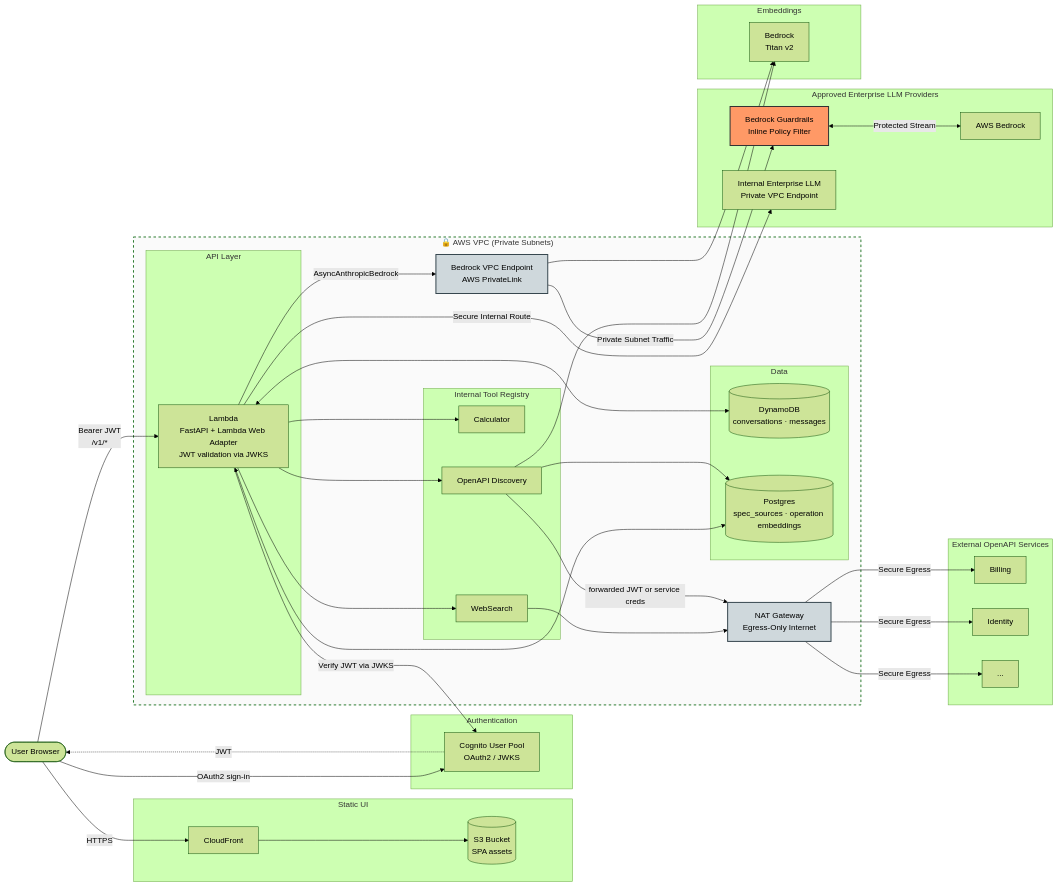
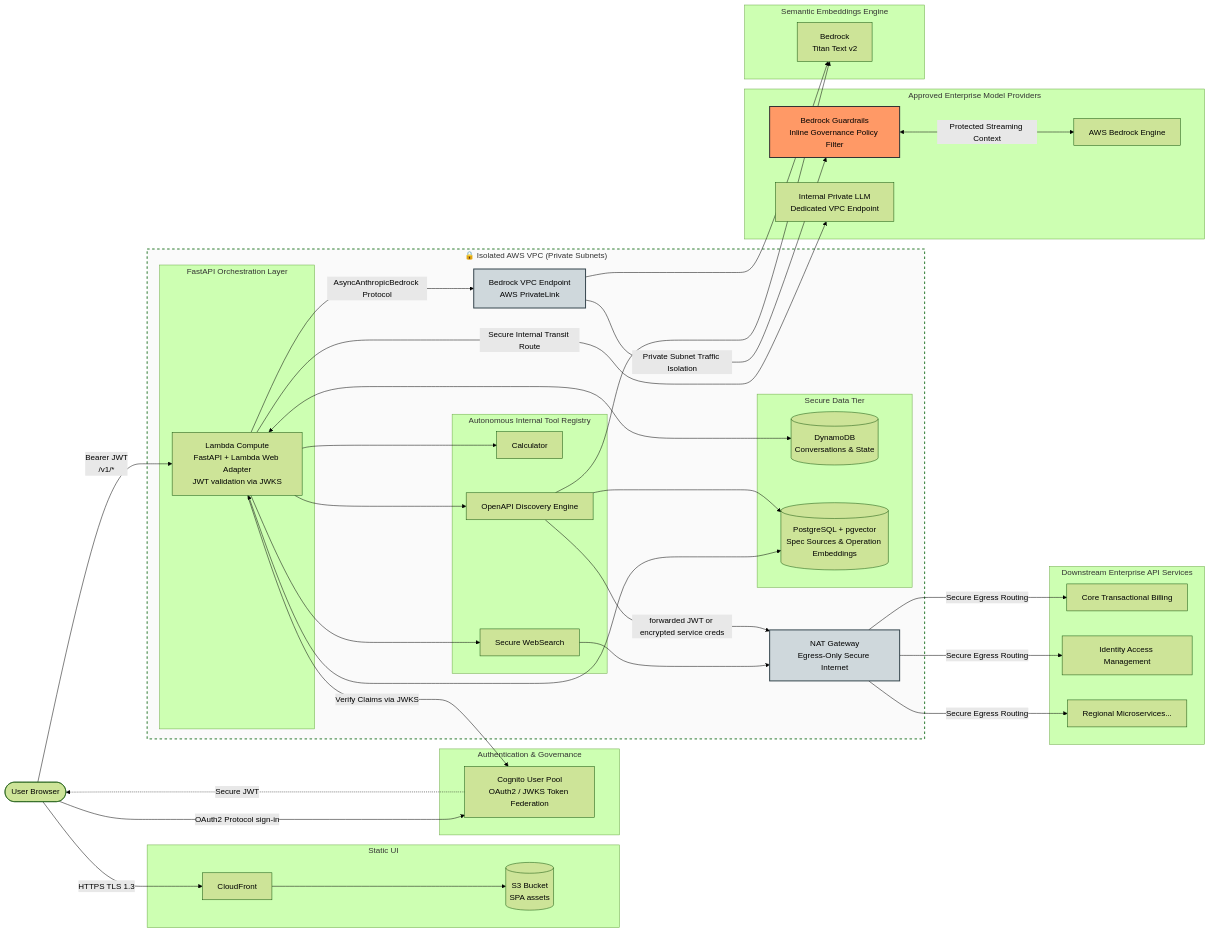
One commit to derekvasilich/lambda-chat-agent changed the diagram in README.md. Above: the diagram before and after it, drawn with Mermaid (forest theme). The commit also changed other lines of this file, not shown here.

```diff
--- a/README.md
+++ b/README.md
@@ -13,58 +17,58 @@
         S3[(S3 Bucket<br/>SPA assets)]
     end
 
-    subgraph Auth["Authentication"]
-        Cognito[Cognito User Pool<br/>OAuth2 / JWKS]
+    subgraph Auth["Authentication & Governance"]
+        Cognito[Cognito User Pool<br/>OAuth2 / JWKS Token Federation]
     end
 
     %% Parent Secure Perimeter
-    subgraph EnterpriseVPC["🔒 AWS VPC (Private Subnets)"]
+    subgraph EnterpriseVPC["🔒 Isolated AWS VPC (Private Subnets)"]
         
-        subgraph API["API Layer"]
-            Lambda[Lambda<br/>FastAPI + Lambda Web Adapter<br/>JWT validation via JWKS]
+        subgraph API["FastAPI Orchestration Layer"]
+            Lambda[Lambda Compute<br/>FastAPI + Lambda Web Adapter<br/>JWT validation via JWKS]
         end
 
-        subgraph Data["Data"]
-            DDB[(DynamoDB<br/>conversations · messages)]
-            PG[(Postgres<br/>spec_sources · operation embeddings)]
+        subgraph Data["Secure Data Tier"]
+            DDB[(DynamoDB<br/>Conversations & State)]
+            PG[(PostgreSQL + pgvector<br/>Spec Sources & Operation Embeddings)]
         end
 
-        subgraph Tools["Internal Tool Registry"]
+        subgraph Tools["Autonomous Internal Tool Registry"]
             Calc[Calculator]
-            Web[WebSearch]
-            OD[OpenAPI Discovery]
+            Web[Secure WebSearch]
+            OD[OpenAPI Discovery Engine]
         end
         
         %% Secure Networking Boundaries inside the VPC
         VPCE[Bedrock VPC Endpoint<br/>AWS PrivateLink]:::network
-        NAT[NAT Gateway<br/>Egress-Only Internet]:::network
+        NAT[NAT Gateway<br/>Egress-Only Secure Internet]:::network
     end
 
-    subgraph LLMs["Approved Enterprise LLM Providers"]
-        Guardrails[Bedrock Guardrails<br/>Inline Policy Filter]
-        Bedrock[AWS Bedrock]
-        Custom[Internal Enterprise LLM<br/>Private VPC Endpoint]
+    subgraph LLMs["Approved Enterprise Model Providers"]
+        Guardrails[Bedrock Guardrails<br/>Inline Governance Policy Filter]
+        Bedrock[AWS Bedrock Engine]
+        Custom[Internal Private LLM<br/>Dedicated VPC Endpoint]
     end
 
-    subgraph Embed["Embeddings"]
-        Titan[Bedrock<br/>Titan v2]
+    subgraph Embed["Semantic Embeddings Engine"]
+        Titan[Bedrock<br/>Titan Text v2]
     end
 
-    subgraph Specs["External OpenAPI Services"]
-        Svc1[Billing]
-        Svc2[Identity]
-        SvcN[...]
+    subgraph Specs["Downstream Enterprise API Services"]
+        Svc1[Core Transactional Billing]
+        Svc2[Identity Access Management]
+        SvcN[Regional Microservices...]
     end
 
     %% Client/Edge Edge Traffic
-    User -->|HTTPS| CF
+    User -->|HTTPS TLS 1.3| CF
     CF --> S3
-    User -->|OAuth2 sign-in| Cognito
-    Cognito -. JWT .-> User
+    User -->|OAuth2 Protocol sign-in| Cognito
+    Cognito -. Secure JWT .-> User
     User -->|Bearer JWT<br/>/v1/*| Lambda
     
     %% Internal VPC Routing
-    Lambda -->|Verify JWT via JWKS| Cognito
+    Lambda -->|Verify Claims via JWKS| Cognito
     Lambda <--> DDB
     Lambda <--> PG
     
@@ -77,21 +81,21 @@
 
     %% SECURE OUTBOUND ROUTING THROUGH NETWORK BOUNDARIES
     %% Bedrock & Embeddings go strictly through the PrivateLink Interface Endpoint
-    Lambda -->|AsyncAnthropicBedrock| VPCE
-    VPCE -->|Private Subnet Traffic| Guardrails
-    Guardrails <-->|Protected Stream| Bedrock
+    Lambda -->|AsyncAnthropicBedrock Protocol| VPCE
+    VPCE -->|Private Subnet Traffic Isolation| Guardrails
+    Guardrails <-->|Protected Streaming Context| Bedrock
     VPCE --> Titan
     
     %% Internal private model routing bypassing public internet
-    Lambda -->|Secure Internal Route| Custom
+    Lambda -->|Secure Internal Transit Route| Custom
     
     %% External Internet Outbound API calls route through the NAT Gateway
     Web --> NAT
-    OD -->|forwarded JWT or service creds| NAT
+    OD -->|forwarded JWT or encrypted service creds| NAT
     
-    NAT -->|Secure Egress| Svc1
-    NAT -->|Secure Egress| Svc2
-    NAT -->|Secure Egress| SvcN
+    NAT -->|Secure Egress Routing| Svc1
+    NAT -->|Secure Egress Routing| Svc2
+    NAT -->|Secure Egress Routing| SvcN
 
     %% Styling and Accents
     classDef network fill:#cfd8dc,stroke:#37474f,stroke-width:2px;
```
